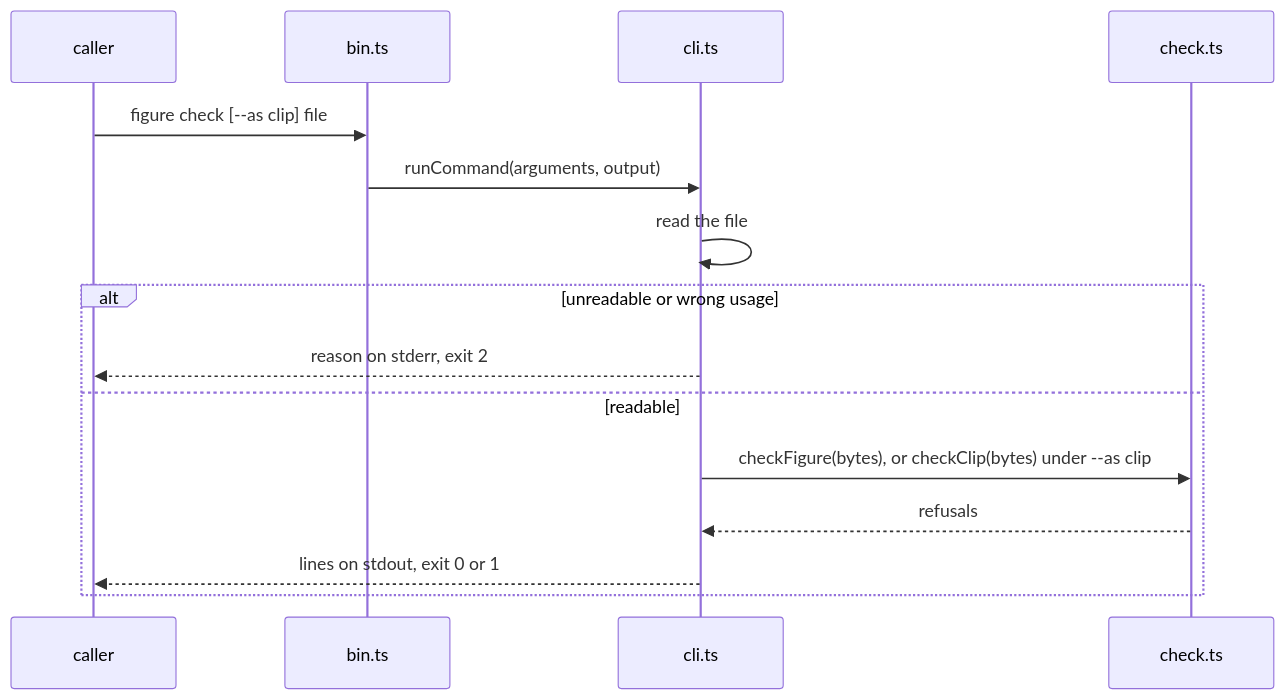
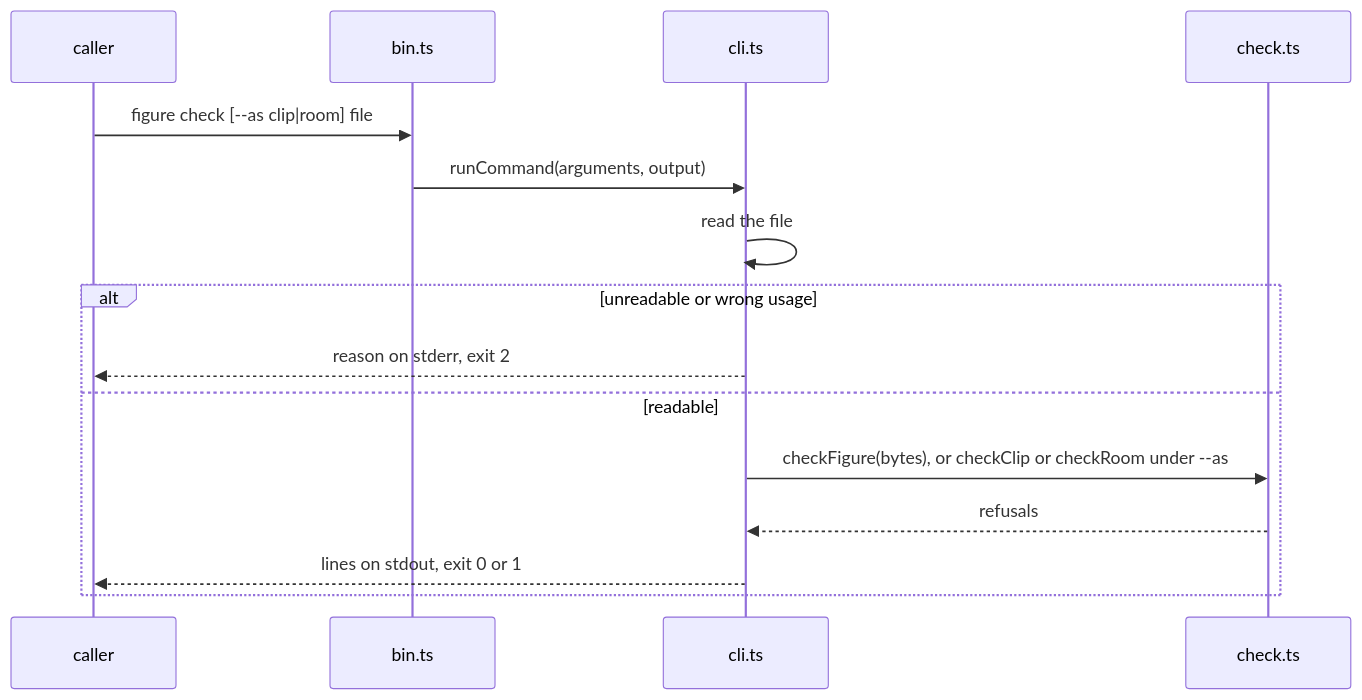
The third of 4 diagrams in docs/ARCHITECTURE.md (overnightworks/figure), drawn with Mermaid before and after one commit. The commit also changed other lines of this file and 29 other files, not shown here.

First line of the commit message:
figure check --as room and checkRoom (M10) (#94)

````diff
--- a/docs/ARCHITECTURE.md
+++ b/docs/ARCHITECTURE.md
@@ -60,17 +60,17 @@
 ```mermaid
 sequenceDiagram
     participant U as caller
     participant B as bin.ts
     participant C as cli.ts
     participant K as check.ts
-    U->>B: figure check [--as clip] file
+    U->>B: figure check [--as clip|room] file
     B->>C: runCommand(arguments, output)
     C->>C: read the file
     alt unreadable or wrong usage
         C-->>U: reason on stderr, exit 2
     else readable
-        C->>K: checkFigure(bytes), or checkClip(bytes) under --as clip
+        C->>K: checkFigure(bytes), or checkClip or checkRoom under --as
         K-->>C: refusals
         C-->>U: lines on stdout, exit 0 or 1
     end
 ```
````
